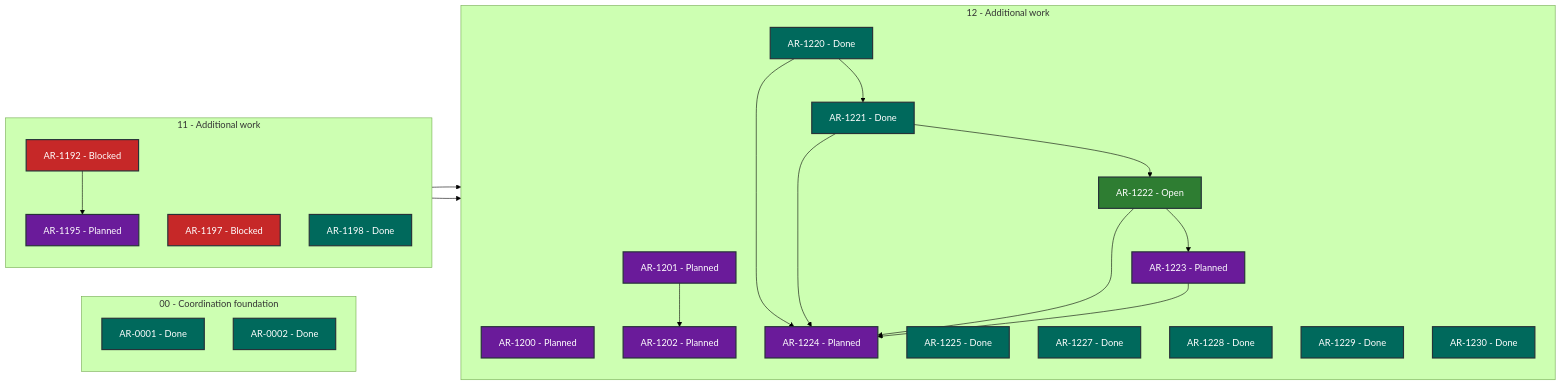
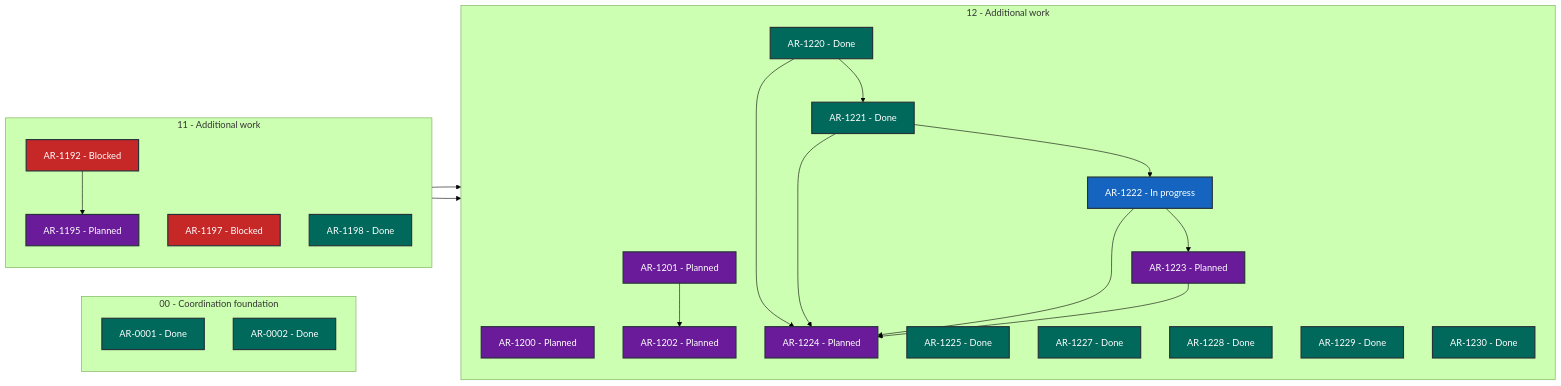
One commit to martin-beck/asb-tui-state changed the diagram in STATUS.md. Above: the diagram before and after it, drawn with Mermaid (forest theme). The commit also changed other lines of this file and 2 other files, not shown here.

````diff
--- a/STATUS.md
+++ b/STATUS.md
@@ -27,50 +27,50 @@
 ```mermaid
 flowchart LR
     subgraph series_00["00 - Coordination foundation"]
         direction TB
         AR_0001["AR-0001 - Done"]:::status_done
         AR_0002["AR-0002 - Done"]:::status_done
     end
     subgraph series_11["11 - Additional work"]
         direction TB
         AR_1192["AR-1192 - Blocked"]:::status_blocked
         AR_1195["AR-1195 - Planned"]:::status_planned
         AR_1197["AR-1197 - Blocked"]:::status_blocked
         AR_1198["AR-1198 - Done"]:::status_done
     end
     subgraph series_12["12 - Additional work"]
         direction TB
         AR_1200["AR-1200 - Planned"]:::status_planned
         AR_1201["AR-1201 - Planned"]:::status_planned
         AR_1202["AR-1202 - Planned"]:::status_planned
         AR_1220["AR-1220 - Done"]:::status_done
         AR_1221["AR-1221 - Done"]:::status_done
-        AR_1222["AR-1222 - Open"]:::status_open
+        AR_1222["AR-1222 - In progress"]:::status_in_progress
         AR_1223["AR-1223 - Planned"]:::status_planned
         AR_1224["AR-1224 - Planned"]:::status_planned
         AR_1225["AR-1225 - Done"]:::status_done
         AR_1227["AR-1227 - Done"]:::status_done
         AR_1228["AR-1228 - Done"]:::status_done
         AR_1229["AR-1229 - Done"]:::status_done
         AR_1230["AR-1230 - Done"]:::status_done
     end
     AR_1192 --> AR_1195
     AR_1195 --> AR_1200
     AR_1197 --> AR_1201
     AR_1201 --> AR_1202
     AR_1220 --> AR_1221
     AR_1220 --> AR_1224
     AR_1221 --> AR_1222
     AR_1221 --> AR_1224
     AR_1222 --> AR_1223
     AR_1222 --> AR_1224
     AR_1223 --> AR_1224
     classDef status_in_progress fill:#1565c0,color:#ffffff,stroke:#263238,stroke-width:2px
     classDef status_open fill:#2e7d32,color:#ffffff,stroke:#263238,stroke-width:2px
     classDef status_blocked fill:#c62828,color:#ffffff,stroke:#263238,stroke-width:2px
     classDef status_planned fill:#6a1b9a,color:#ffffff,stroke:#263238,stroke-width:2px
     classDef status_future fill:#455a64,color:#ffffff,stroke:#263238,stroke-width:2px
     classDef status_done fill:#00695c,color:#ffffff,stroke:#263238,stroke-width:2px
     classDef status_cancelled fill:#616161,color:#ffffff,stroke:#263238,stroke-width:2px
     classDef status_superseded fill:#5d4037,color:#ffffff,stroke:#263238,stroke-width:2px
 ```
````
